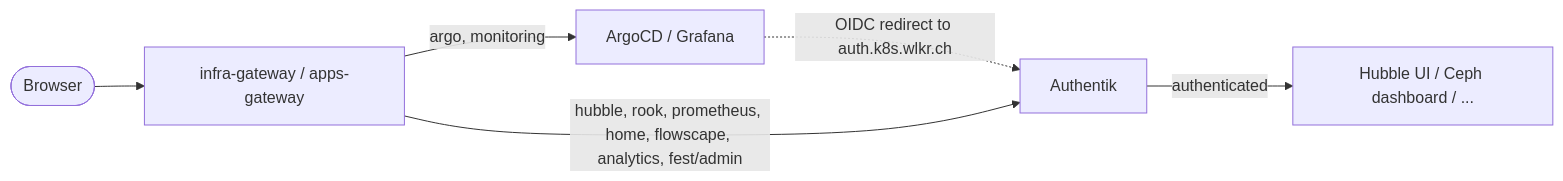
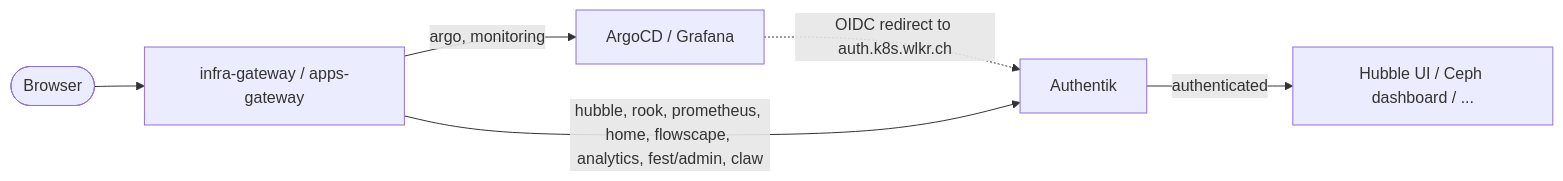
One commit to JanWelker/homelab changed the diagram in docs/platform/authentik.md. Above: the diagram before and after it, drawn with Mermaid. The commit also changed other lines of this file and 3 other files, not shown here.

````diff
--- a/docs/platform/authentik.md
+++ b/docs/platform/authentik.md
@@ -42,8 +42,8 @@
 ```mermaid
 flowchart LR
     U([Browser]) --> GW[infra-gateway / apps-gateway]
     GW -->|argo, monitoring| APP[ArgoCD / Grafana]
     APP -.->|OIDC redirect to auth.k8s.wlkr.ch| AK[Authentik]
-    GW -->|hubble, rook, prometheus, home, flowscape, analytics, fest/admin| AK
+    GW -->|hubble, rook, prometheus, home, flowscape, analytics, fest/admin, claw| AK
     AK -->|authenticated| BE[Hubble UI / Ceph dashboard / ...]
 ```
````
